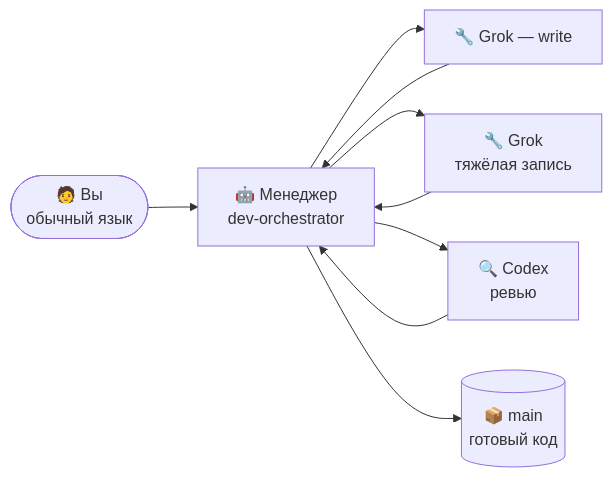
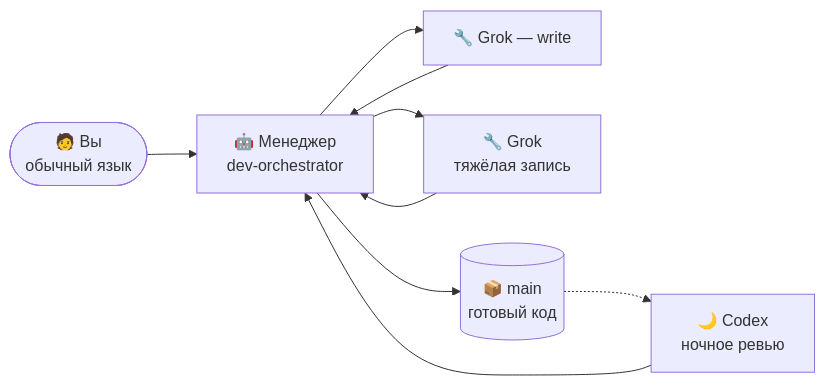
One commit to VKirill/claude-lane-stack changed the diagram in docs/BEGINNER.ru.md. Above: the diagram before and after it, drawn with Mermaid. The commit also changed other lines of this file and 49 other files, not shown here.

````diff
--- a/docs/BEGINNER.ru.md
+++ b/docs/BEGINNER.ru.md
@@ -20,11 +20,11 @@
 ```mermaid
 flowchart LR
     You(["🧑 Вы<br/>обычный язык"]) --> PM["🤖 Менеджер<br/>dev-orchestrator"]
     PM --> W1["🔧 Grok — write"]
     PM --> W2["🔧 Grok<br/>тяжёлая запись"]
-    PM --> W3["🔍 Codex<br/>ревью"]
+    Main -.-> W3["🌙 Codex<br/>ночное ревью"]
     W1 --> PM
     W2 --> PM
     W3 --> PM
     PM --> Main[("📦 main<br/>готовый код")]
 ```
````
